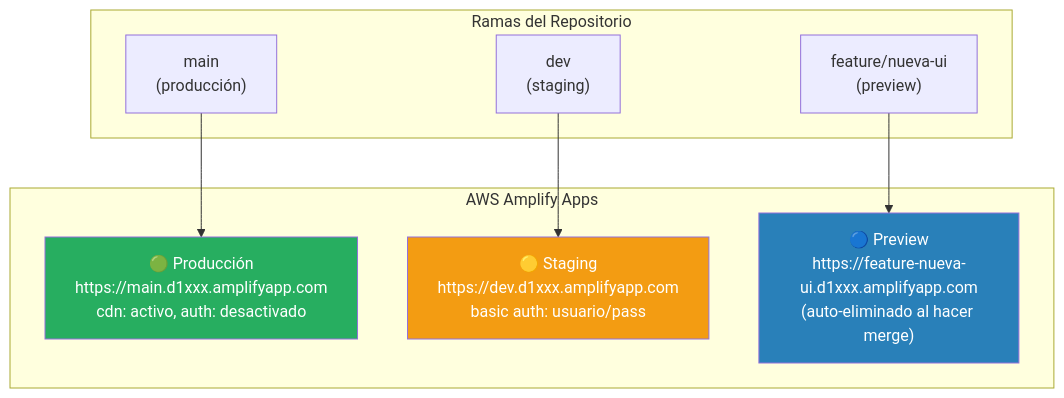
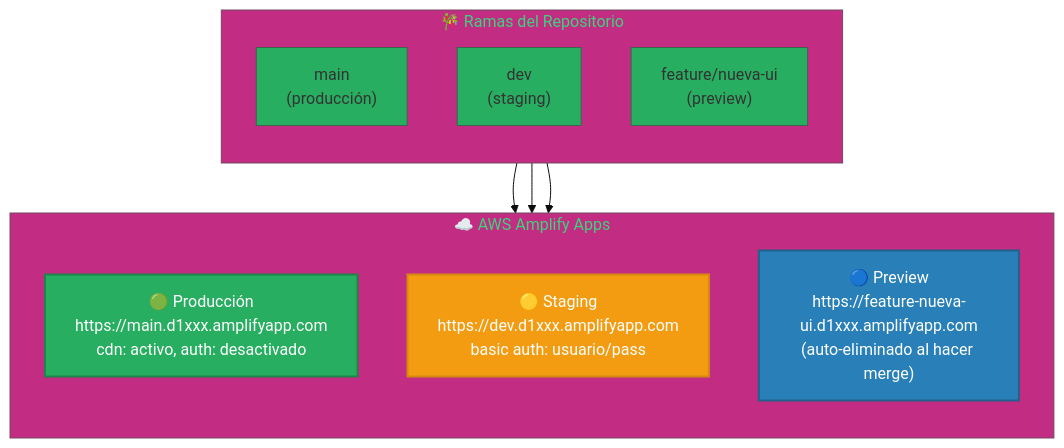
One commit to vladimiracunadev-create/proyectos-aws changed the third of 3 diagrams in caso-a-amplify/docs/architecture.md. Above: the diagram before and after it, drawn with Mermaid. The commit also changed other lines of this file and 6 other files, not shown here.

Commit message:
docs: mass optimization of architecture diagrams for all completed cases (A, B, C, D, J, K, L) - vertical flow and premium styles

````diff
--- a/caso-a-amplify/docs/architecture.md
+++ b/caso-a-amplify/docs/architecture.md
@@ -90,22 +95,25 @@
 ```mermaid
+%%{init: {'theme': 'base', 'themeVariables': { 'primaryColor': '#27AE60', 'fontsize': '16px' }}}%%
 graph TB
-    subgraph Ramas["Ramas del Repositorio"]
+    subgraph Ramas["🎋 Ramas del Repositorio"]
+        direction TB
         Main["main\n(producción)"]
         Dev["dev\n(staging)"]
         Feature["feature/nueva-ui\n(preview)"]
     end
 
-    subgraph Amplify["AWS Amplify Apps"]
+    subgraph Amplify["☁️ AWS Amplify Apps"]
+        direction TB
         Prod["🟢 Producción\nhttps://main.d1xxx.amplifyapp.com\ncdn: activo, auth: desactivado"]
         Staging["🟡 Staging\nhttps://dev.d1xxx.amplifyapp.com\nbasic auth: usuario/pass"]
         Preview["🔵 Preview\nhttps://feature-nueva-ui.d1xxx.amplifyapp.com\n(auto-eliminado al hacer merge)"]
     end
 
     Main --> Prod
     Dev --> Staging
     Feature --> Preview
 
-    style Prod fill:#27AE60,color:#fff
-    style Staging fill:#F39C12,color:#fff
-    style Preview fill:#2980B9,color:#fff
+    style Prod fill:#27AE60,color:#fff,stroke:#1e8449,stroke-width:2px
+    style Staging fill:#F39C12,color:#fff,stroke:#d68910,stroke-width:2px
+    style Preview fill:#2980B9,color:#fff,stroke:#21618c,stroke-width:2px
 ```
````
